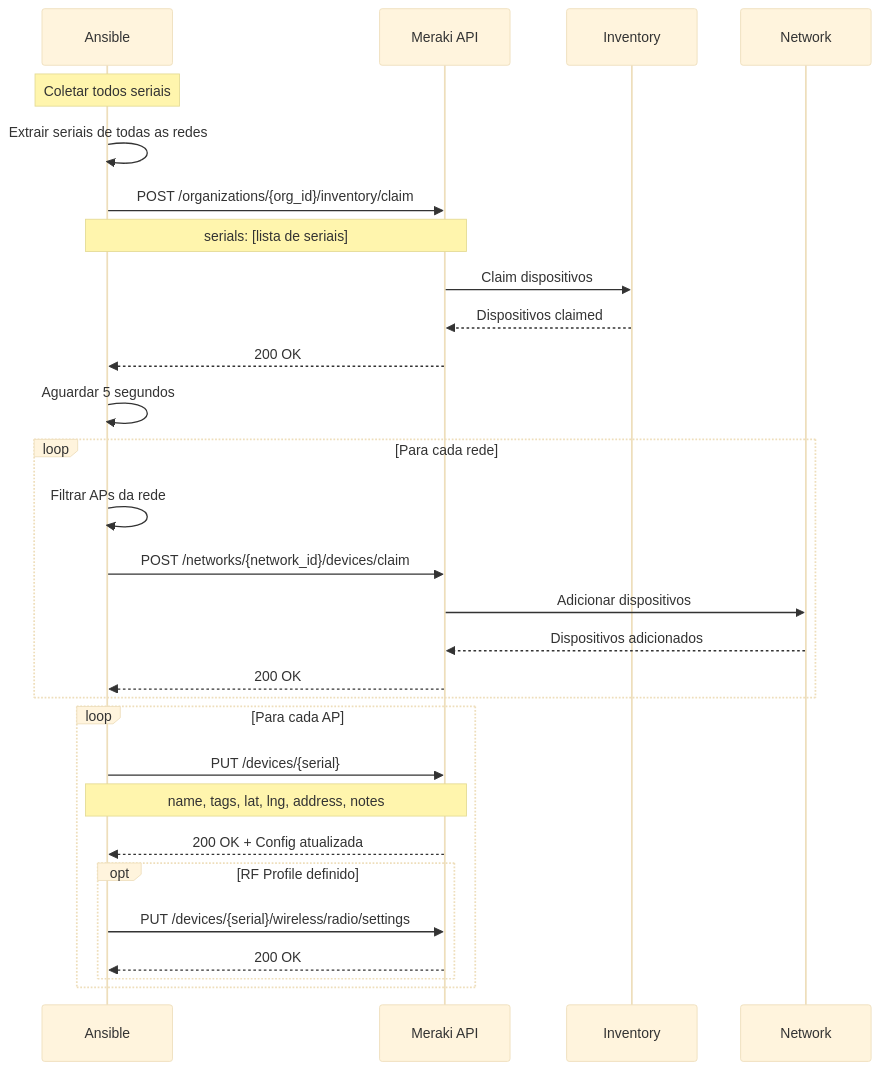
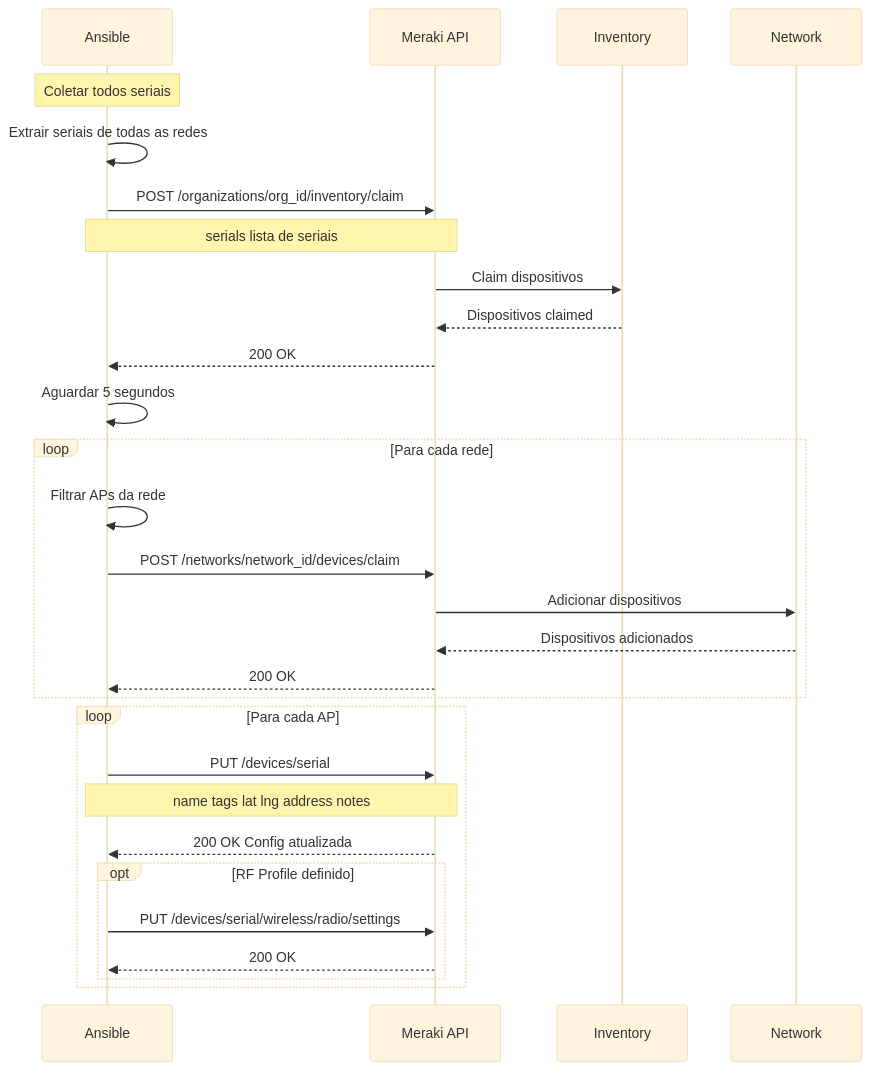
Before and after one commit to rodrigo-freitas-com/meraki-ansible: the ninth of 13 diagrams in docs/system-modeling.md, drawn with Mermaid (base theme). The commit also changed other lines of this file, not shown here.

````diff
--- a/docs/system-modeling.md
+++ b/docs/system-modeling.md
@@ -333,37 +332,37 @@
 ```mermaid
 sequenceDiagram
     participant A as Ansible
     participant M as Meraki API
     participant I as Inventory
     participant N as Network
 
     Note over A: Coletar todos seriais
     A->>A: Extrair seriais de todas as redes
 
-    A->>M: POST /organizations/{org_id}/inventory/claim
-    Note over A,M: serials: [lista de seriais]
+    A->>M: POST /organizations/org_id/inventory/claim
+    Note over A,M: serials lista de seriais
     M->>I: Claim dispositivos
     I-->>M: Dispositivos claimed
     M-->>A: 200 OK
 
     A->>A: Aguardar 5 segundos
 
     loop Para cada rede
         A->>A: Filtrar APs da rede
-        A->>M: POST /networks/{network_id}/devices/claim
+        A->>M: POST /networks/network_id/devices/claim
         M->>N: Adicionar dispositivos
         N-->>M: Dispositivos adicionados
         M-->>A: 200 OK
     end
 
     loop Para cada AP
-        A->>M: PUT /devices/{serial}
-        Note over A,M: name, tags, lat, lng, address, notes
-        M-->>A: 200 OK + Config atualizada
+        A->>M: PUT /devices/serial
+        Note over A,M: name tags lat lng address notes
+        M-->>A: 200 OK Config atualizada
 
         opt RF Profile definido
-            A->>M: PUT /devices/{serial}/wireless/radio/settings
+            A->>M: PUT /devices/serial/wireless/radio/settings
             M-->>A: 200 OK
         end
     end
 ```
````
